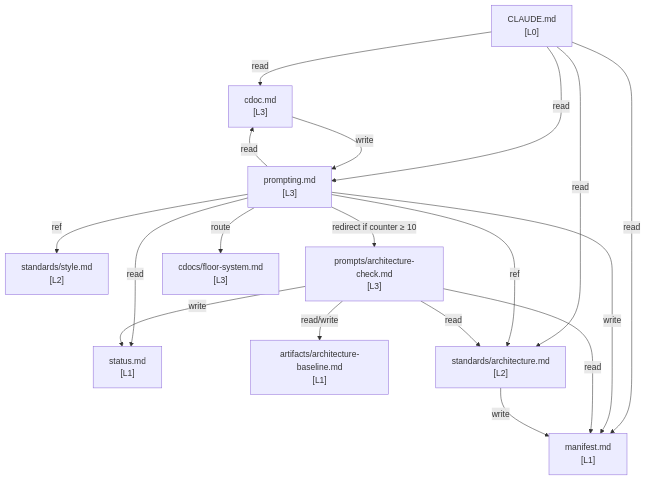
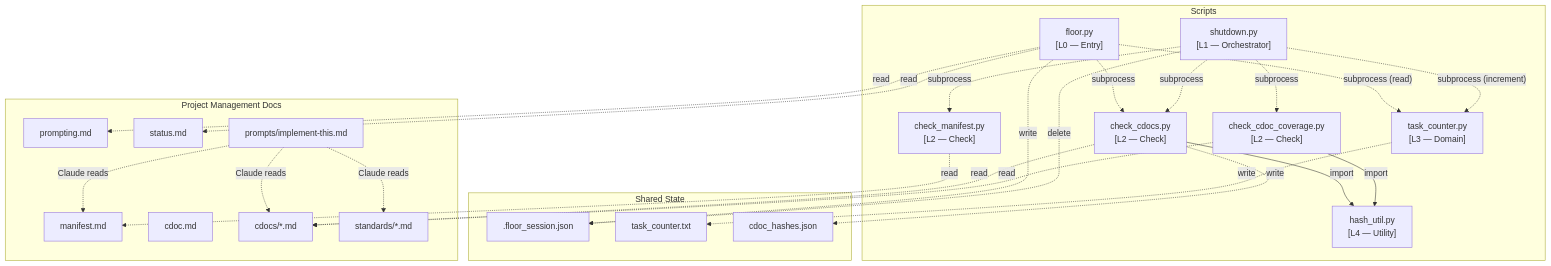
The diagram in project_management/artifacts/01-module-dependency.mermaid (PAYS0N/floor), drawn with Mermaid before and after one commit. The commit also changed 40 other files, not shown here.

```diff
--- a/project_management/artifacts/01-module-dependency.mermaid
+++ b/project_management/artifacts/01-module-dependency.mermaid
@@ -1,37 +1,61 @@
 %% Module Dependency Graph — Floor
-%% Edges represent read directives (→ read), write directives (→ write), or routing/conditional references (→ ref).
+%% Solid arrows = Python imports. Dashed arrows = subprocess invocations.
+%% Dotted arrows = read/write by scripts or Claude.
 %% Generated by architecture health check. Do not edit manually.
 
 graph TD
-    CLAUDE["CLAUDE.md\n[L0]"]
-    manifest["manifest.md\n[L1]"]
-    status["status.md\n[L1]"]
-    baseline["artifacts/architecture-baseline.md\n[L1]"]
-    nodeStyle["standards/style.md\n[L2]"]
-    arch_std["standards/architecture.md\n[L2]"]
-    cdoc["cdoc.md\n[L3]"]
-    prompting["prompting.md\n[L3]"]
-    arch_check["prompts/architecture-check.md\n[L3]"]
-    floor_system["cdocs/floor-system.md\n[L3]"]
+    subgraph scripts["Scripts"]
+        floor["floor.py\n[L0 — Entry]"]
+        shutdown["shutdown.py\n[L1 — Orchestrator]"]
+        check_manifest["check_manifest.py\n[L2 — Check]"]
+        check_cdocs["check_cdocs.py\n[L2 — Check]"]
+        check_coverage["check_cdoc_coverage.py\n[L2 — Check]"]
+        task_counter["task_counter.py\n[L3 — Domain]"]
+        hash_util["hash_util.py\n[L4 — Utility]"]
+    end
 
-    CLAUDE -->|read| manifest
-    CLAUDE -->|read| cdoc
-    CLAUDE -->|read| prompting
-    CLAUDE -->|read| arch_std
+    subgraph data["Shared State"]
+        session[".floor_session.json"]
+        counter_file["task_counter.txt"]
+        hashes_file["cdoc_hashes.json"]
+    end
 
-    prompting -->|read| status
-    prompting -->|read| cdoc
-    prompting -->|ref| nodeStyle
-    prompting -->|ref| arch_std
-    prompting -->|route| floor_system
-    prompting -->|"redirect if counter ≥ 10"| arch_check
-    prompting -->|write| manifest
+    subgraph docs["Project Management Docs"]
+        prompting["prompting.md"]
+        status["status.md"]
+        manifest["manifest.md"]
+        cdoc_instr["cdoc.md"]
+        implement["prompts/implement-this.md"]
+        cdocs["cdocs/*.md"]
+        standards["standards/*.md"]
+    end
 
-    cdoc -->|write| prompting
+    %% Subprocess invocations
+    floor -.->|subprocess| check_cdocs
+    floor -.->|"subprocess (read)"| task_counter
+    shutdown -.->|subprocess| check_manifest
+    shutdown -.->|subprocess| check_cdocs
+    shutdown -.->|subprocess| check_coverage
+    shutdown -.->|"subprocess (increment)"| task_counter
 
-    arch_check -->|read| manifest
-    arch_check -->|read| arch_std
-    arch_check -->|"read/write"| baseline
-    arch_check -->|write| status
+    %% Python imports
+    check_cdocs -->|import| hash_util
+    check_coverage -->|import| hash_util
 
-    arch_std -->|write| manifest
+    %% Script reads
+    floor -.->|read| prompting
+    floor -.->|read| status
+    check_manifest -.->|read| manifest
+    check_cdocs -.->|read| cdocs
+    check_coverage -.->|read| cdocs
+
+    %% Script state writes
+    floor -.->|write| session
+    shutdown -.->|delete| session
+    task_counter -.->|write| counter_file
+    check_cdocs -.->|write| hashes_file
+
+    %% Claude reads/writes (via CLAUDE.md directives)
+    implement -.->|"Claude reads"| manifest
+    implement -.->|"Claude reads"| cdocs
+    implement -.->|"Claude reads"| standards
```
